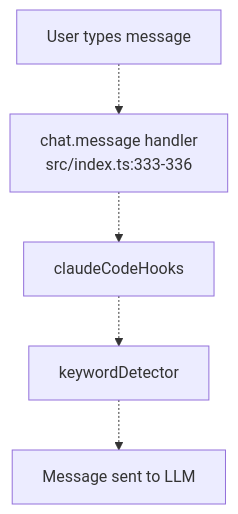
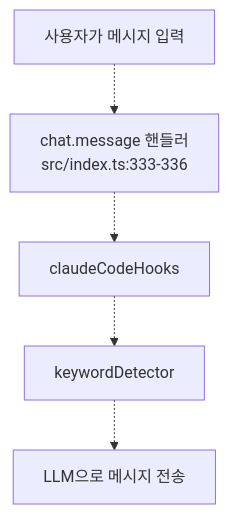
The sixth of 11 diagrams in docs/architecture/event-handling.md (felipetruman/oh-my-opencode-docs), drawn with Mermaid before and after one commit. The commit also changed other lines of this file and 76 other files, not shown here.

````diff
--- a/docs/architecture/event-handling.md
+++ b/docs/architecture/event-handling.md
@@ -500,14 +490,14 @@
 ```mermaid
 flowchart TD
 
-UserMessage["User types message"]
-Handler["chat.message handler<br>src/index.ts:333-336"]
+UserMessage["사용자가 메시지 입력"]
+Handler["chat.message 핸들러<br>src/index.ts:333-336"]
 ClaudeCode["claudeCodeHooks"]
 Keyword["keywordDetector"]
-LLM["Message sent to LLM"]
+LLM["LLM으로 메시지 전송"]
 
 UserMessage -.-> Handler
 Handler -.-> ClaudeCode
 ClaudeCode -.-> Keyword
 Keyword -.-> LLM
 ```
````
